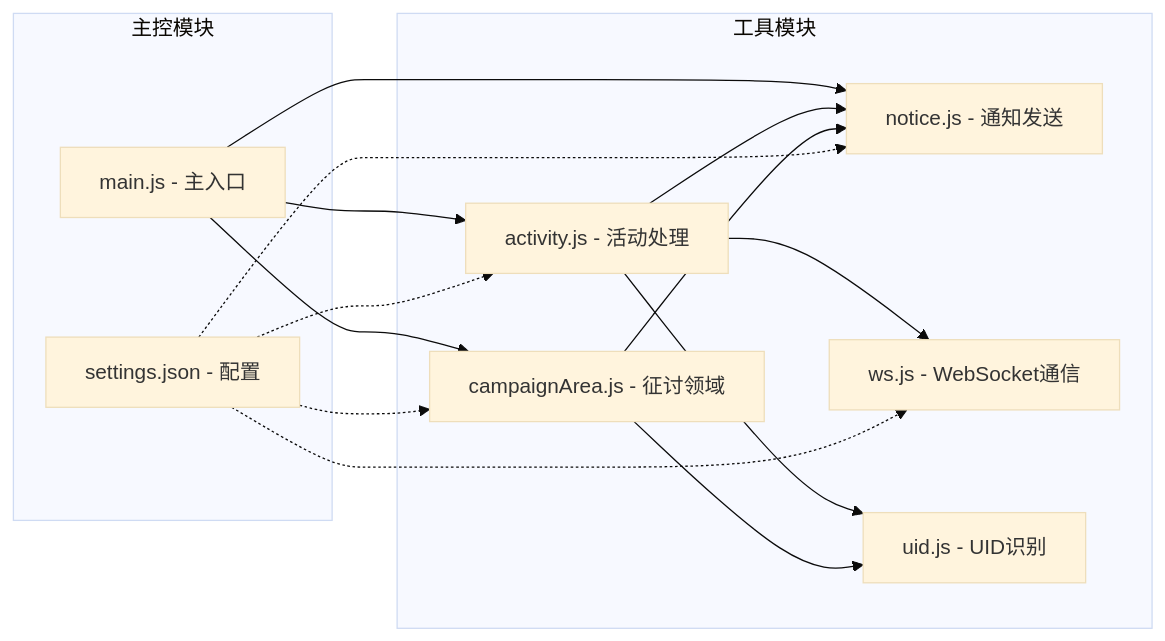
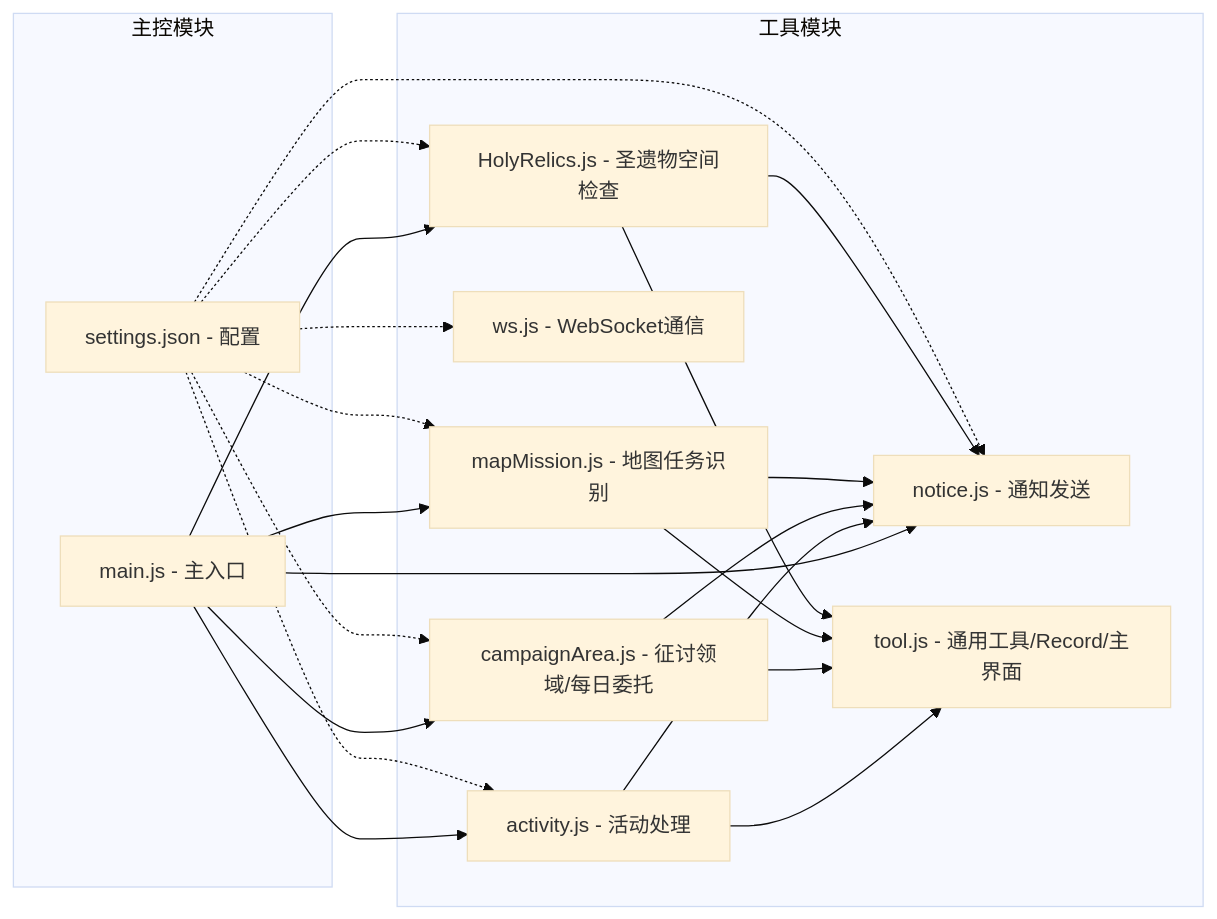
The sixth of 7 diagrams in repo/js/ActivitySwitchNotice/README.md (babalae/bettergi-scripts-list), drawn with Mermaid (base theme) before and after one commit. The commit also changed other lines of this file and 8 other files, not shown here.

````diff
--- a/repo/js/ActivitySwitchNotice/README.md
+++ b/repo/js/ActivitySwitchNotice/README.md
@@ -123,29 +129,38 @@
 ```mermaid
 graph LR
     subgraph "工具模块"
         A[activity.js - 活动处理]
         B[notice.js - 通知发送]
-        C[campaignArea.js - 征讨领域]
+        C[campaignArea.js - 征讨领域/每日委托]
         D[ws.js - WebSocket通信]
-        E[uid.js - UID识别]
+        E[tool.js - 通用工具/Record/主界面]
+        F[mapMission.js - 地图任务识别]
+        G[HolyRelics.js - 圣遗物空间检查]
     end
     
     subgraph "主控模块"
-        F[main.js - 主入口]
-        G[settings.json - 配置]
+        H[main.js - 主入口]
+        I[settings.json - 配置]
     end
     
-    F --> A
-    F --> B
-    F --> C
+    H --> A
+    H --> B
+    H --> C
+    H --> F
+    H --> G
     A --> B
-    A --> D
     A --> E
     C --> B
     C --> E
-    G -.-> A
-    G -.-> B
-    G -.-> C
-    G -.-> D
+    F --> B
+    F --> E
+    G --> B
+    G --> E
+    I -.-> A
+    I -.-> B
+    I -.-> C
+    I -.-> D
+    I -.-> F
+    I -.-> G
 
 ```
````
